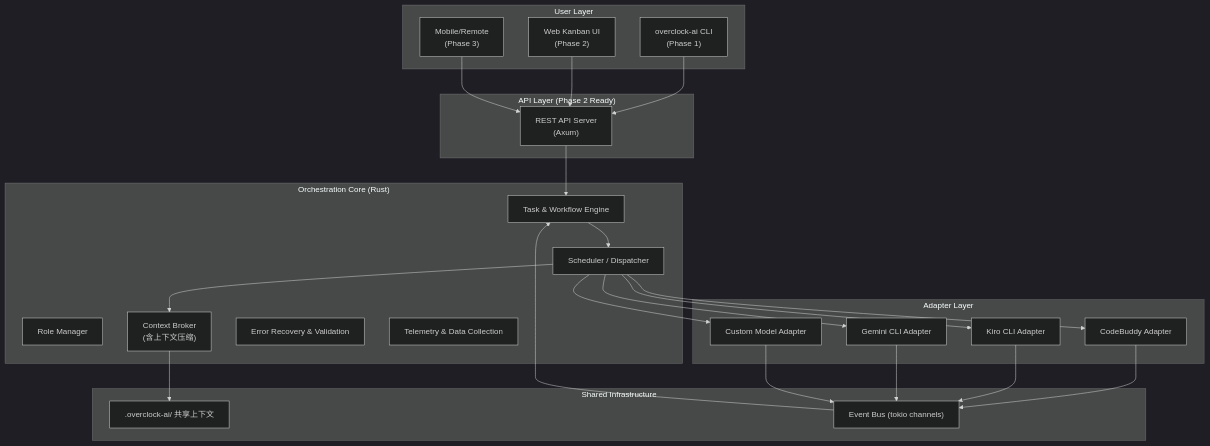
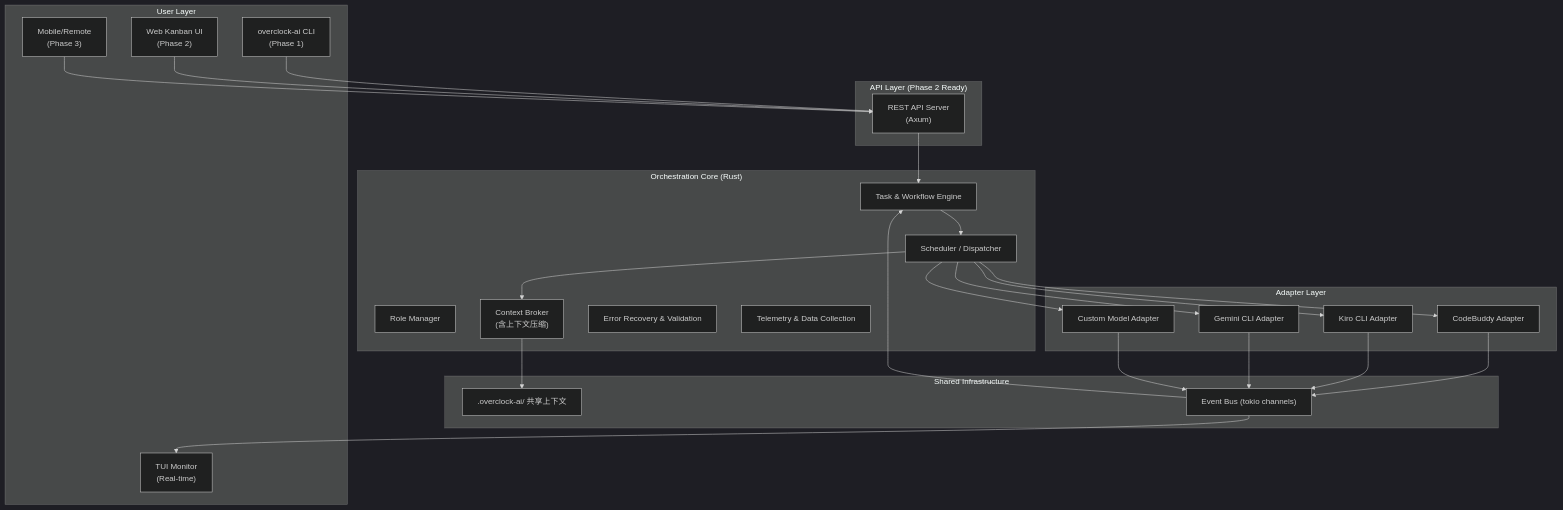
Before and after one commit to tmacychen/overclock-ai: the first of 2 diagrams in docs/architecture.md, drawn with Mermaid (dark theme). The commit also changed other lines of this file and 13 other files, not shown here.

Commit message:
完成 Phase 1 核心功能实现  - 实现 Agent Harness：证据驱动验证、自动化错误恢复、闭环数据收集 - 添加集成测试：任务执行、错误分类、错误恢复、事件总线 - 增强 TUI Monitor：事件过滤、详细视图、键盘导航、鼠标支持 - 更新依赖版本：所有依赖到最新稳定版本 - 更新项目文档：架构图、进度日志、README  Phase 1 (CLI 编排核心) 已完成，准备进入 Phase 2 (REST API Server)

````diff
--- a/docs/architecture.md
+++ b/docs/architecture.md
@@ -30,44 +30,46 @@
 ```mermaid
 graph TB
     subgraph "User Layer"
         CLI["overclock-ai CLI<br/>(Phase 1)"]
+        TUIMonitor["TUI Monitor<br/>(Real-time)"]
         WebUI["Web Kanban UI<br/>(Phase 2)"]
         MobileApp["Mobile/Remote<br/>(Phase 3)"]
     end
 
     subgraph "API Layer (Phase 2 Ready)"
         REST["REST API Server<br/>(Axum)"]
     end
 
     subgraph "Orchestration Core (Rust)"
         TaskEngine["Task & Workflow Engine"]
         RoleManager["Role Manager"]
         Scheduler["Scheduler / Dispatcher"]
         ContextBroker["Context Broker<br/>(含上下文压缩)"]
         RecoverySystem["Error Recovery & Validation"]
         Telemetry["Telemetry & Data Collection"]
     end
 
     subgraph "Adapter Layer"
         A1["CodeBuddy Adapter"]
         A2["Kiro CLI Adapter"]
         A3["Gemini CLI Adapter"]
         A4["Custom Model Adapter"]
     end
 
     subgraph "Shared Infrastructure"
         SharedCtx[".overclock-ai/ 共享上下文"]
         EventBus["Event Bus (tokio channels)"]
     end
 
     CLI --> REST
     WebUI --> REST
     MobileApp --> REST
     REST --> TaskEngine
     TaskEngine --> Scheduler
     Scheduler --> ContextBroker
     ContextBroker --> SharedCtx
     Scheduler --> A1 & A2 & A3 & A4
     A1 & A2 & A3 & A4 --> EventBus
     EventBus --> TaskEngine
+    EventBus --> TUIMonitor
 ```
````
